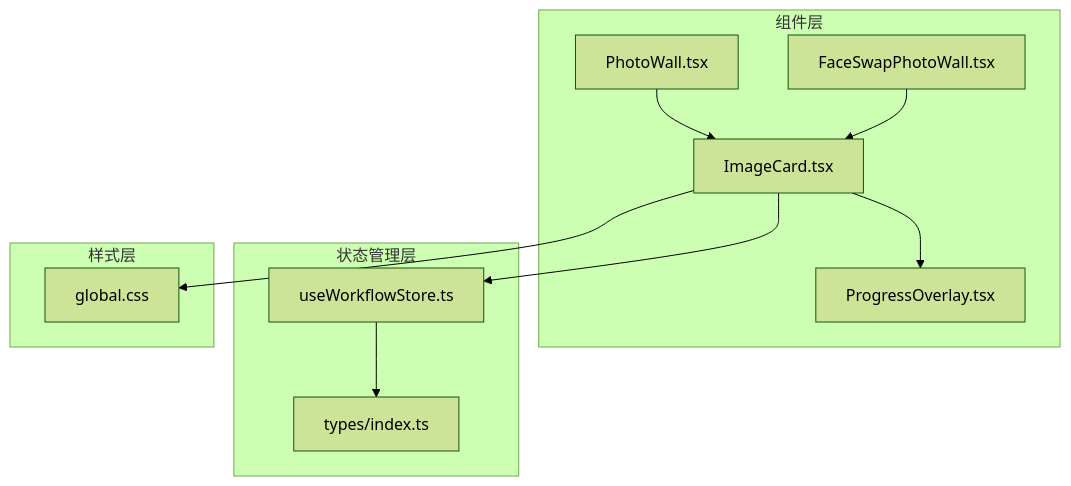
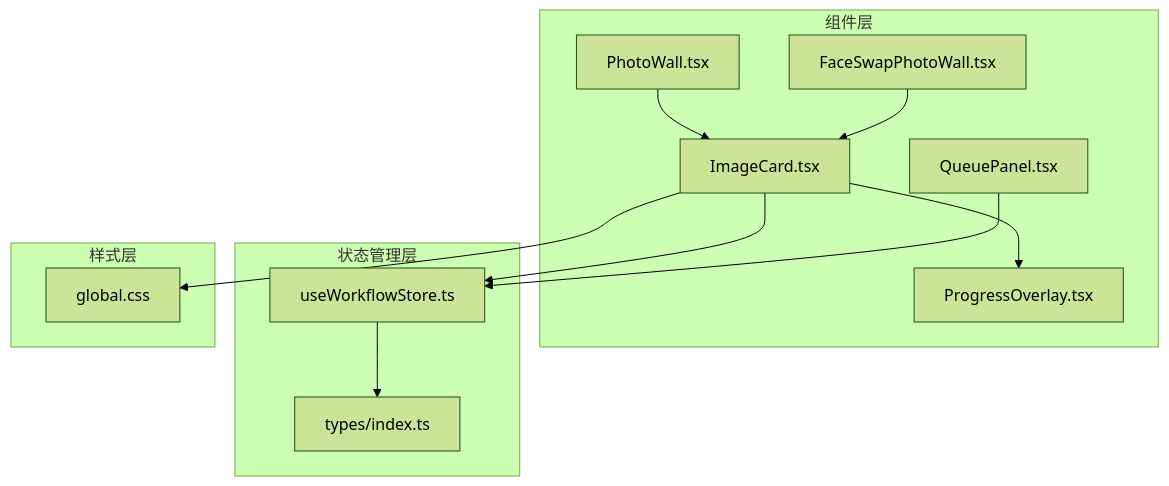
One commit to billye220670/CorineKit_Pix2Real changed the first of 7 diagrams in .qoder/repowiki/zh/content/用户界面组件/核心界面组件/图片卡片组件 (ImageCard).md. Above: the diagram before and after it, drawn with Mermaid (forest theme). The commit also changed other lines of this file and 54 other files, not shown here.

First line of the commit message:
feat: 模型下拉菜单元数据管理（缩略图+重命名）及session mask恢复优化

````diff
--- a/.qoder/repowiki/zh/content/用户界面组件/核心界面组件/图片卡片组件 (ImageCard).md
+++ b/.qoder/repowiki/zh/content/用户界面组件/核心界面组件/图片卡片组件 (ImageCard).md
@@ -33,22 +43,24 @@
 ```mermaid
 graph TB
 subgraph "组件层"
 IC[ImageCard.tsx]
 PW[PhotoWall.tsx]
 FSPW[FaceSwapPhotoWall.tsx]
 PO[ProgressOverlay.tsx]
+QP[QueuePanel.tsx]
 end
 subgraph "状态管理层"
 UWS[useWorkflowStore.ts]
 TS[types/index.ts]
 end
 subgraph "样式层"
 GC[global.css]
 end
 PW --> IC
 FSPW --> IC
 IC --> UWS
 IC --> PO
 IC --> GC
+QP --> UWS
 UWS --> TS
 ```
````
